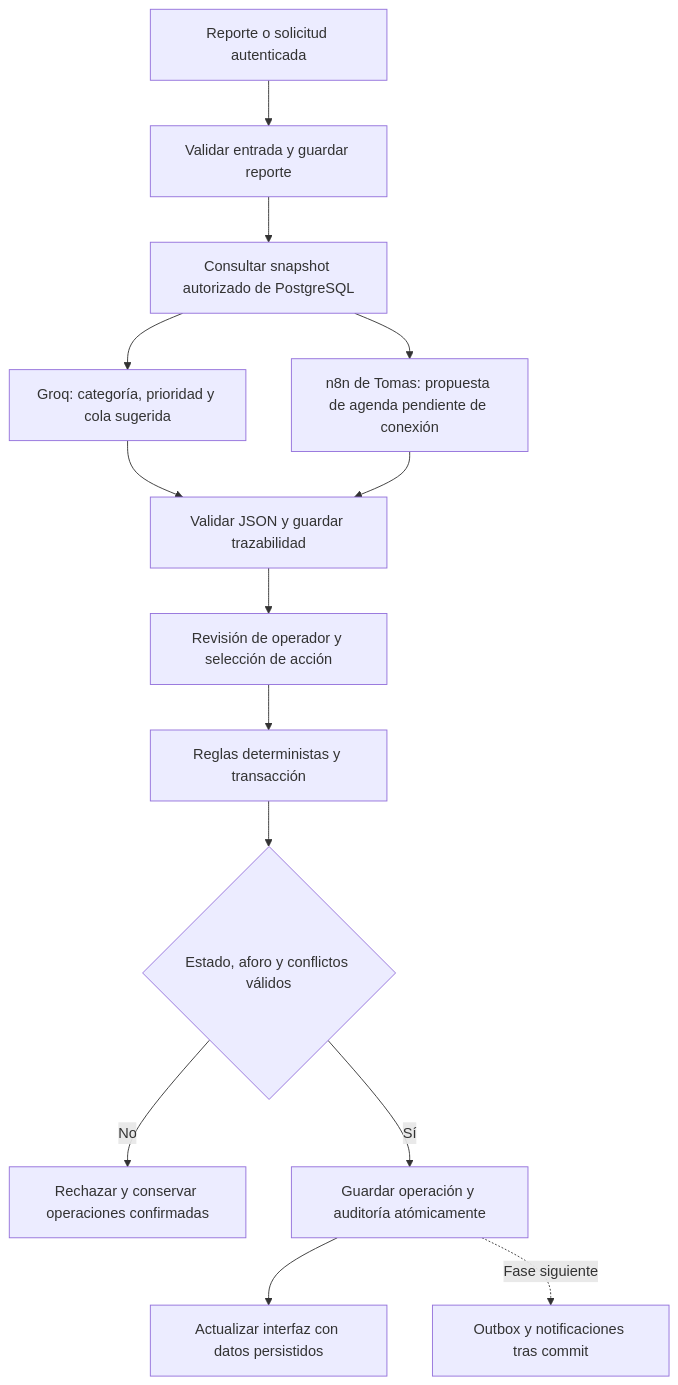
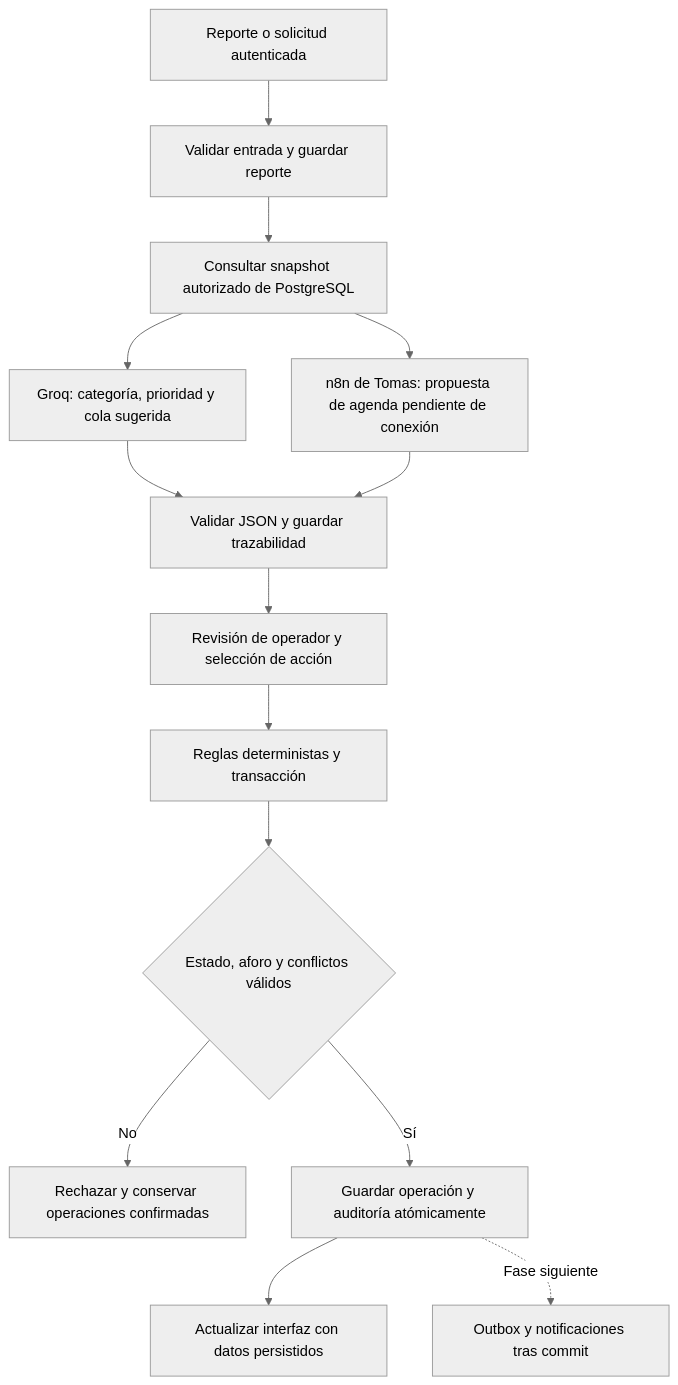
Before and after one commit to DEIMER-PY/CampusOPS: the diagram in docs/decision-flow.md, drawn with Mermaid. The commit also changed 3 other files, not shown here.

Commit message:
docs: 📝 fuerza tema neutral en Mermaid para evitar colapso en modo oscuro de GitHub

````diff
--- a/docs/decision-flow.md
+++ b/docs/decision-flow.md
@@ -5,16 +5,17 @@
 ```mermaid
+%%{init: {'theme': 'neutral'}}%%
 flowchart TD
   A["Reporte o solicitud autenticada"] --> B["Validar entrada y guardar reporte"]
   B --> C["Consultar snapshot autorizado de PostgreSQL"]
   C --> D["Groq: categoría, prioridad y cola sugerida"]
   C --> N["n8n de Tomas: propuesta de agenda pendiente de conexión"]
   D --> E["Validar JSON y guardar trazabilidad"]
   N --> E
   E --> F["Revisión de operador y selección de acción"]
   F --> G["Reglas deterministas y transacción"]
   G --> H{"Estado, aforo y conflictos válidos"}
   H -->|No| I["Rechazar y conservar operaciones confirmadas"]
   H -->|Sí| J["Guardar operación y auditoría atómicamente"]
   J --> K["Actualizar interfaz con datos persistidos"]
   J -.->|"Fase siguiente"| L["Outbox y notificaciones tras commit"]
 ```
````
